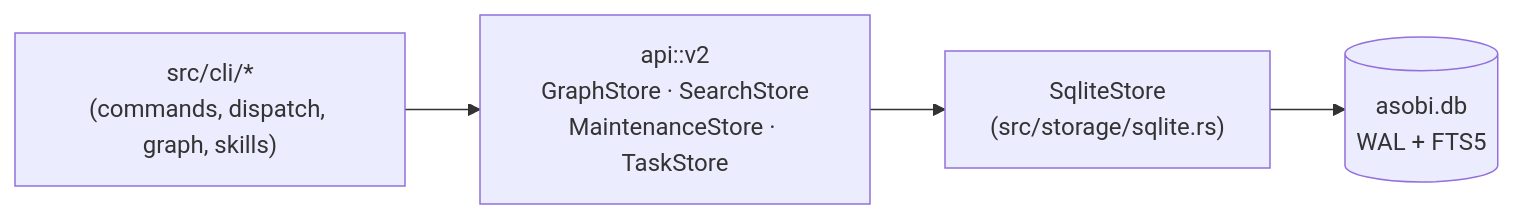
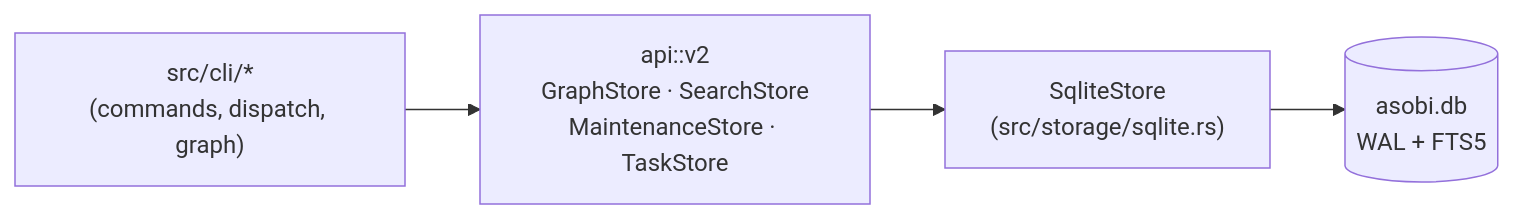
Before and after one commit to azusachino/asobi: the diagram in README.md, drawn with Mermaid. The commit also changed other lines of this file and 31 other files, not shown here.

````diff
--- a/README.md
+++ b/README.md
@@ -32,11 +31,11 @@
 ```mermaid
 flowchart LR
-    CLI["src/cli/*\n(commands, dispatch, graph, skills)"]
+    CLI["src/cli/*\n(commands, dispatch, graph)"]
     API["api::v2\nGraphStore · SearchStore\nMaintenanceStore · TaskStore"]
     Sqlite["SqliteStore\n(src/storage/sqlite.rs)"]
     DB[("asobi.db\nWAL + FTS5")]
 
     CLI --> API
     API --> Sqlite
     Sqlite --> DB
 ```
````
